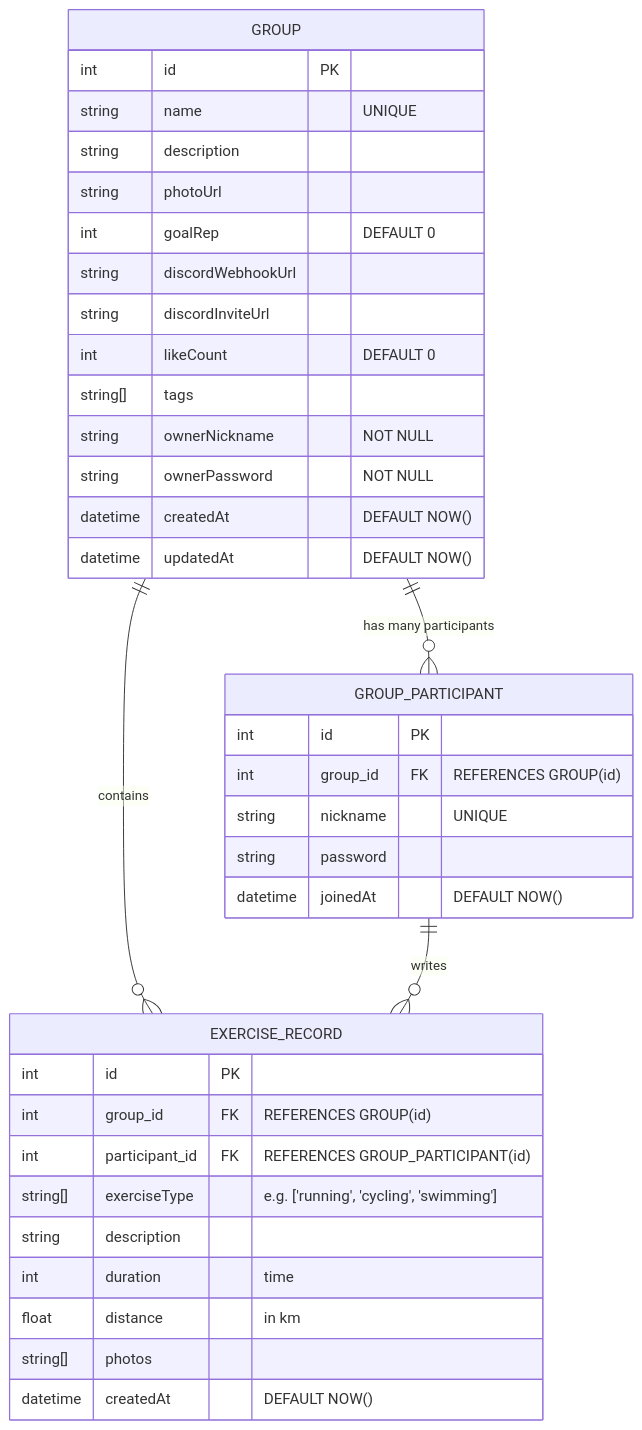
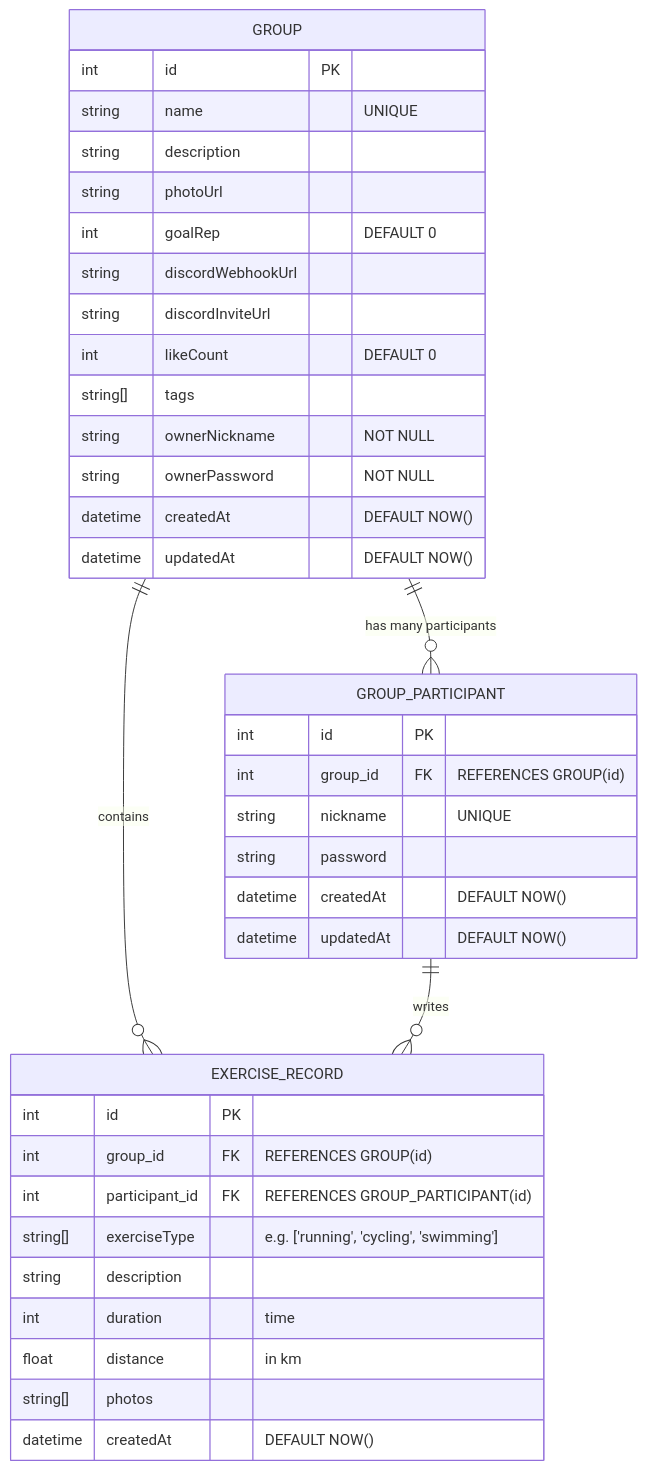
One commit to funfungun/mermaid changed the diagram in README.md. Above: the diagram before and after it, drawn with Mermaid.

````diff
--- a/README.md
+++ b/README.md
@@ -1,43 +1,44 @@
 ```mermaid
 erDiagram
     GROUP {
         int id PK
         string name "UNIQUE"
         string description
         string photoUrl
         int goalRep "DEFAULT 0"
         string discordWebhookUrl
         string discordInviteUrl
         int likeCount "DEFAULT 0"
         string[] tags
         string ownerNickname "NOT NULL"
         string ownerPassword "NOT NULL"
         datetime createdAt "DEFAULT NOW()"
         datetime updatedAt "DEFAULT NOW()"
     }
 
     GROUP_PARTICIPANT {
         int id PK
         int group_id FK "REFERENCES GROUP(id)"
         string nickname "UNIQUE"
         string password
-        datetime joinedAt "DEFAULT NOW()"
+        datetime createdAt "DEFAULT NOW()"
+        datetime updatedAt "DEFAULT NOW()"
     }
 
     GROUP ||--o{ GROUP_PARTICIPANT : "has many participants"
 
     EXERCISE_RECORD {
         int id PK
         int group_id FK "REFERENCES GROUP(id)"
         int participant_id FK "REFERENCES GROUP_PARTICIPANT(id)"
         string[] exerciseType "e.g. ['running', 'cycling', 'swimming']"
         string description
         int duration "time"
         float distance "in km"
         string[] photos
         datetime createdAt "DEFAULT NOW()"
     }
 
     GROUP ||--o{ EXERCISE_RECORD : "contains"
     GROUP_PARTICIPANT ||--o{ EXERCISE_RECORD : "writes"
 ```
````
